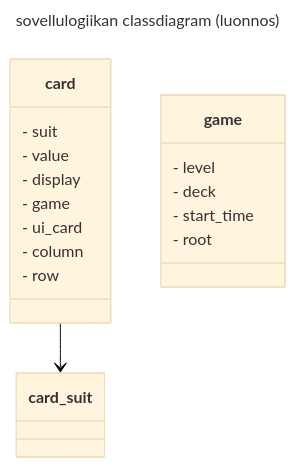
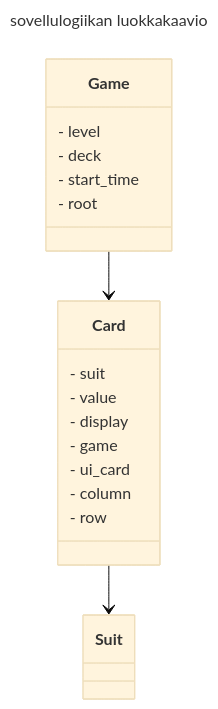
Before and after one commit to kxelina/ot-harjoitustyo: the first of 3 diagrams in dokumentaatio/arkkitehtuuri.md, drawn with Mermaid (base theme). The commit also changed other lines of this file and 13 other files, not shown here.

````diff
--- a/dokumentaatio/arkkitehtuuri.md
+++ b/dokumentaatio/arkkitehtuuri.md
@@ -5,23 +19,24 @@
 ```mermaid
 ---
-title: sovellulogiikan classdiagram (luonnos)
+title: sovellulogiikan luokkakaavio
 ---
 classDiagram
-class card{
+class Card{
     - suit
     - value
     - display
     - game
     - ui_card
     - column
     - row
 }
-class card_suit
-class game{
+class Suit
+class Game{
     - level
     - deck
     - start_time
     - root
 }
-card --> card_suit
+Card --> Suit
+Game --> Card
 ```
````
